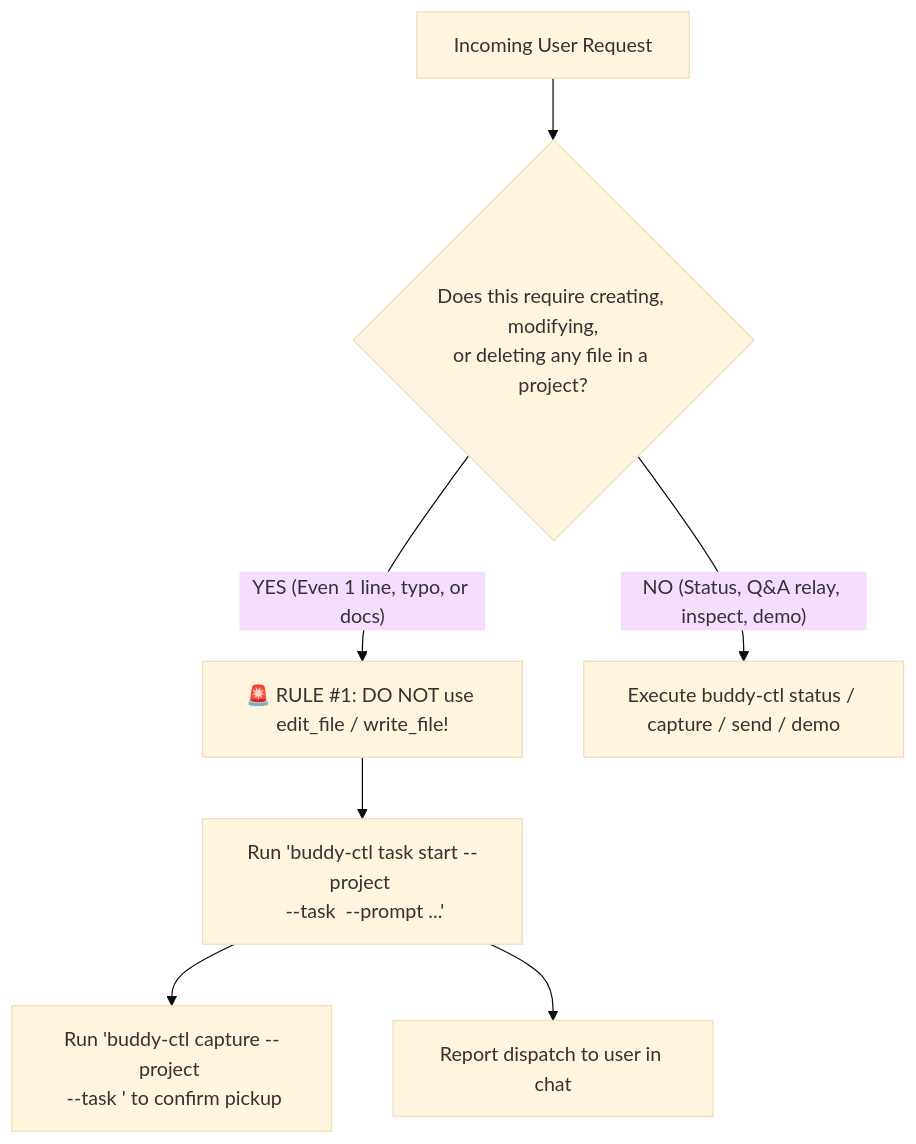
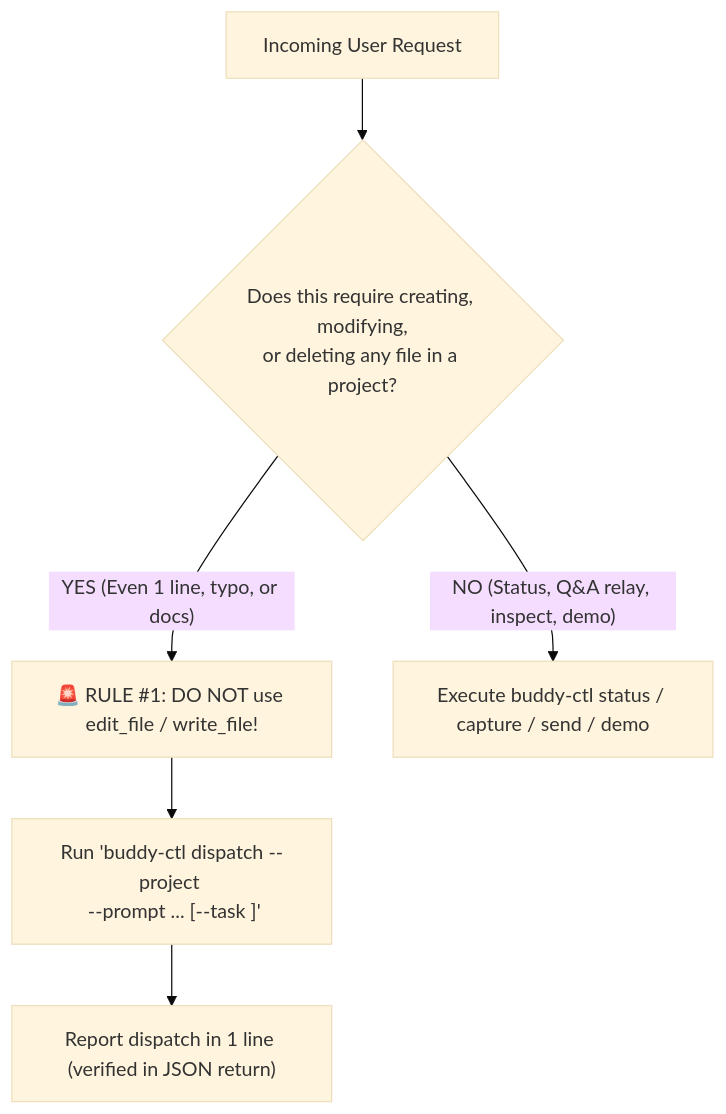
The diagram in AGENTS.md (tortoise10h/buddy), drawn with Mermaid (base theme) before and after one commit. The commit also changed other lines of this file and 3 other files, not shown here.

First line of the commit message:
ft(cli): add atomic dispatch with reactive TUI probing and pickup verification

````diff
--- a/AGENTS.md
+++ b/AGENTS.md
@@ -41,9 +41,8 @@
 ```mermaid
 flowchart TD
     Req["Incoming User Request"] --> Check{"Does this require creating, modifying,<br/>or deleting any file in a project?"}
     Check -- "YES (Even 1 line, typo, or docs)" --> Rule1["🚨 RULE #1: DO NOT use edit_file / write_file!"]
-    Rule1 --> StartTask["Run 'buddy-ctl task start --project <p> --task <t> --prompt ...'"]
-    StartTask --> VerifyPickup["Run 'buddy-ctl capture --project <p> --task <t>' to confirm pickup"]
-    StartTask --> Notify["Report dispatch to user in chat"]
+    Rule1 --> FastDispatch["Run 'buddy-ctl dispatch --project <p> --prompt ... [--task <t>]'"]
+    FastDispatch --> Notify["Report dispatch in 1 line (verified in JSON return)"]
     Check -- "NO (Status, Q&A relay, inspect, demo)" --> Orchestrate["Execute buddy-ctl status / capture / send / demo"]
 ```
````
